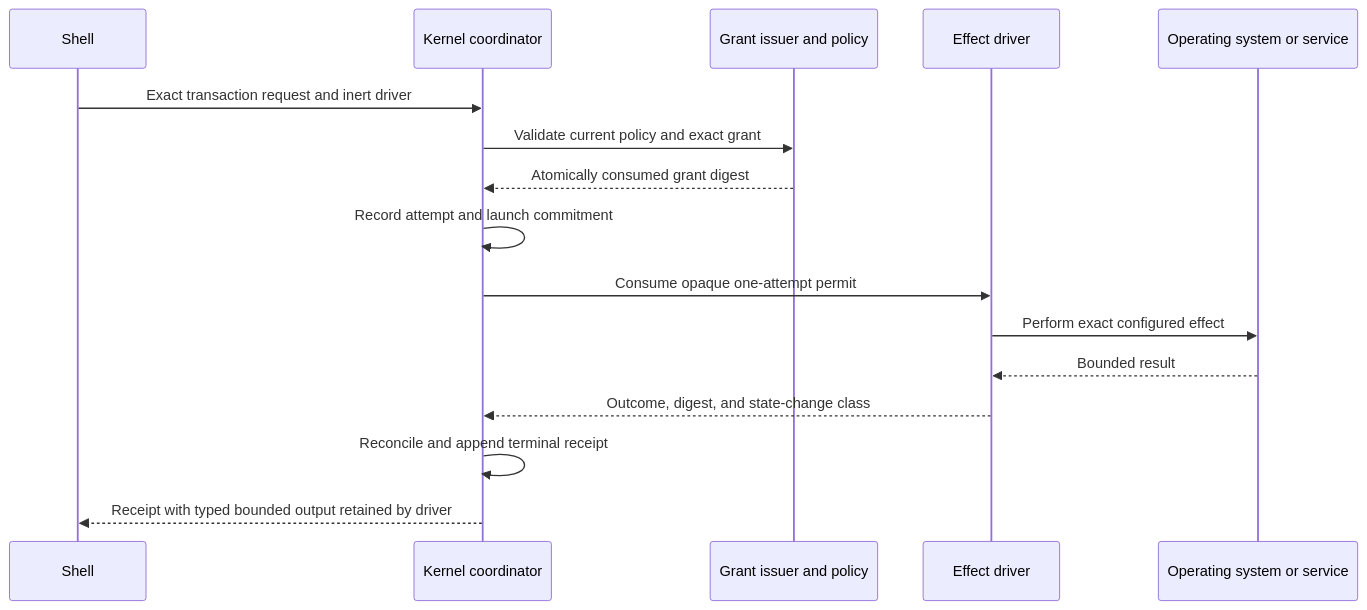
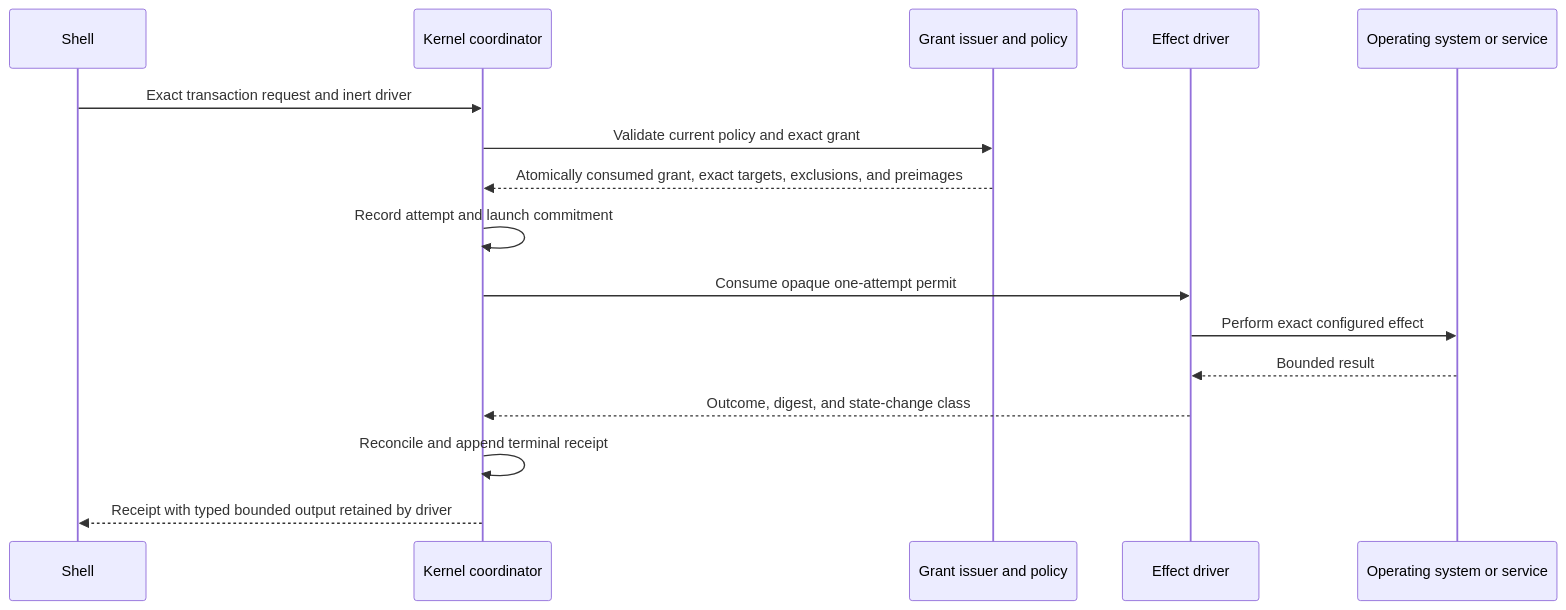
One commit to AaronNHorvitz/AgentMage changed the first of 2 diagrams in docs/architecture/effect-mediation.md. Above: the diagram before and after it, drawn with Mermaid. The commit also changed other lines of this file and 27 other files, not shown here.

````diff
--- a/docs/architecture/effect-mediation.md
+++ b/docs/architecture/effect-mediation.md
@@ -10,19 +10,19 @@
 ```mermaid
 sequenceDiagram
     participant S as Shell
     participant K as Kernel coordinator
     participant G as Grant issuer and policy
     participant D as Effect driver
     participant O as Operating system or service
 
     S->>K: Exact transaction request and inert driver
     K->>G: Validate current policy and exact grant
-    G-->>K: Atomically consumed grant digest
+    G-->>K: Atomically consumed grant, exact targets, exclusions, and preimages
     K->>K: Record attempt and launch commitment
     K->>D: Consume opaque one-attempt permit
     D->>O: Perform exact configured effect
     O-->>D: Bounded result
     D-->>K: Outcome, digest, and state-change class
     K->>K: Reconcile and append terminal receipt
     K-->>S: Receipt with typed bounded output retained by driver
 ```
````
